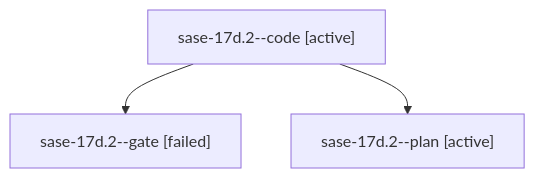
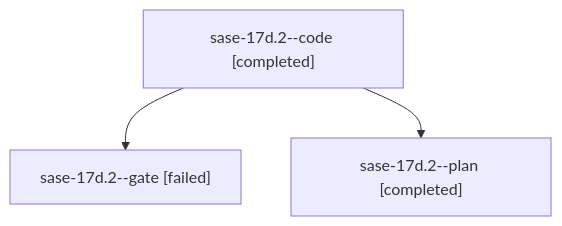
The diagram in families/bbugyi200.athena.sase-17d.2.md (sase-org/sase--agents), drawn with Mermaid before and after one commit. The commit also changed other lines of this file and 91 other files, not shown here.

````diff
--- a/families/bbugyi200.athena.sase-17d.2.md
+++ b/families/bbugyi200.athena.sase-17d.2.md
@@ -9,8 +9,8 @@
 ```mermaid
 flowchart TD
-  n0["sase-17d.2--code [active]"]
+  n0["sase-17d.2--code [completed]"]
   n1["sase-17d.2--gate [failed]"]
   n0 --> n1
-  n2["sase-17d.2--plan [active]"]
+  n2["sase-17d.2--plan [completed]"]
   n0 --> n2
 ```
````
